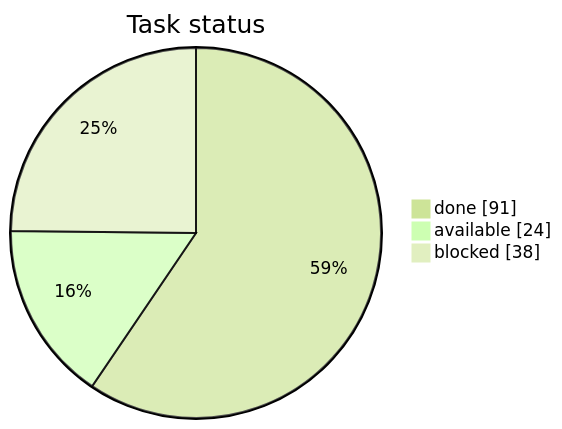
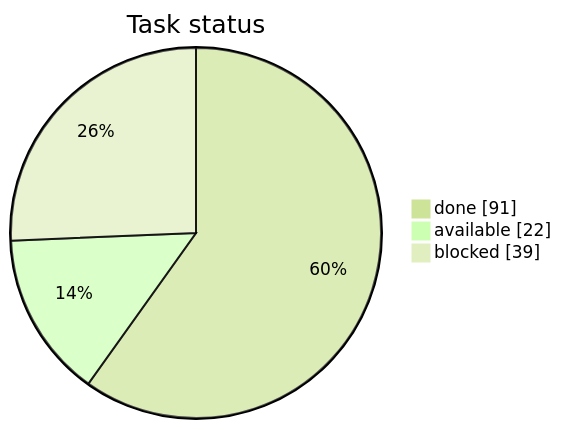
Before and after one commit to artemiiShabanov/RallyRivals: the first of 3 diagrams in STATUS.md, drawn with Mermaid (forest theme). The commit also changed other lines of this file and 3 other files, not shown here.

````diff
--- a/STATUS.md
+++ b/STATUS.md
@@ -7,7 +7,7 @@
 ```mermaid
 pie showData
     title Task status
     "done" : 91
-    "available" : 24
-    "blocked" : 38
+    "available" : 22
+    "blocked" : 39
 ```
````
